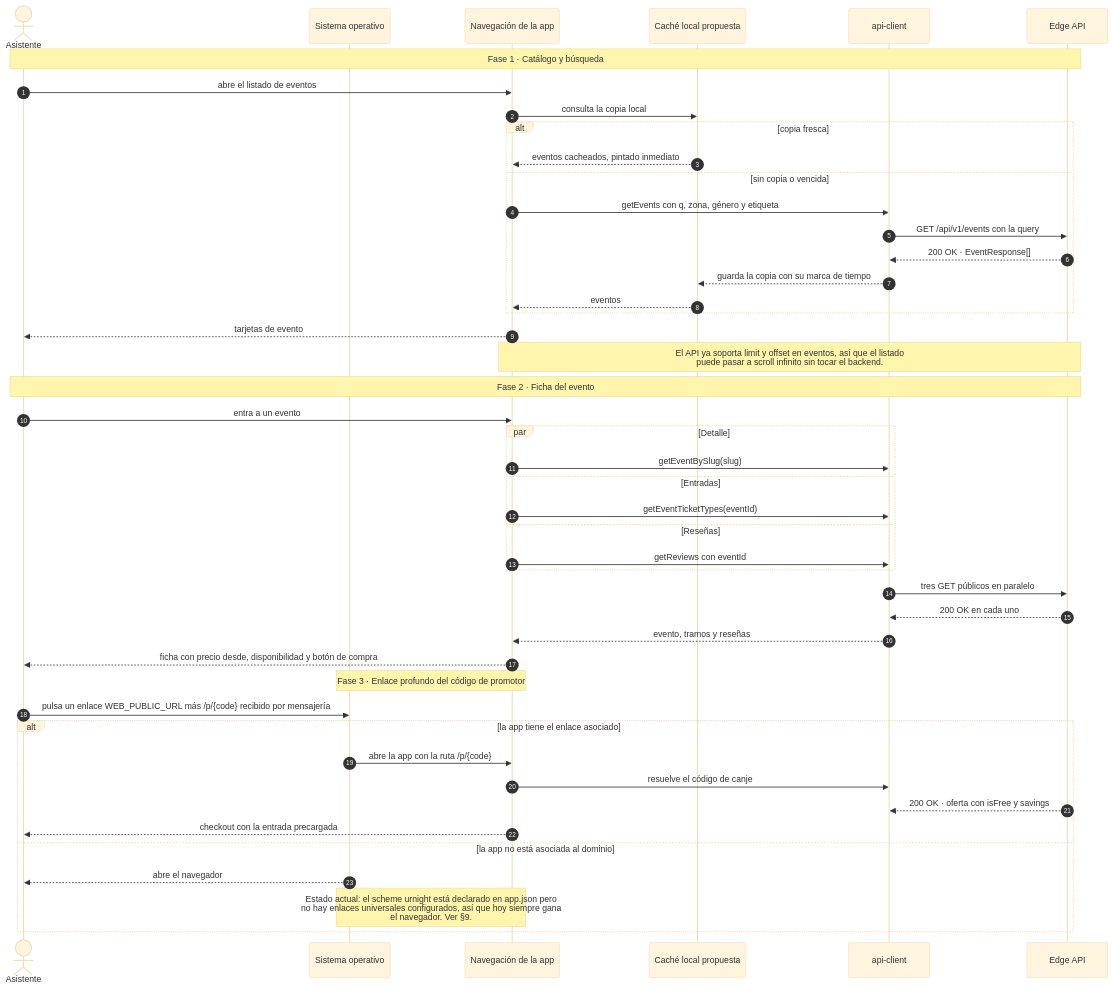
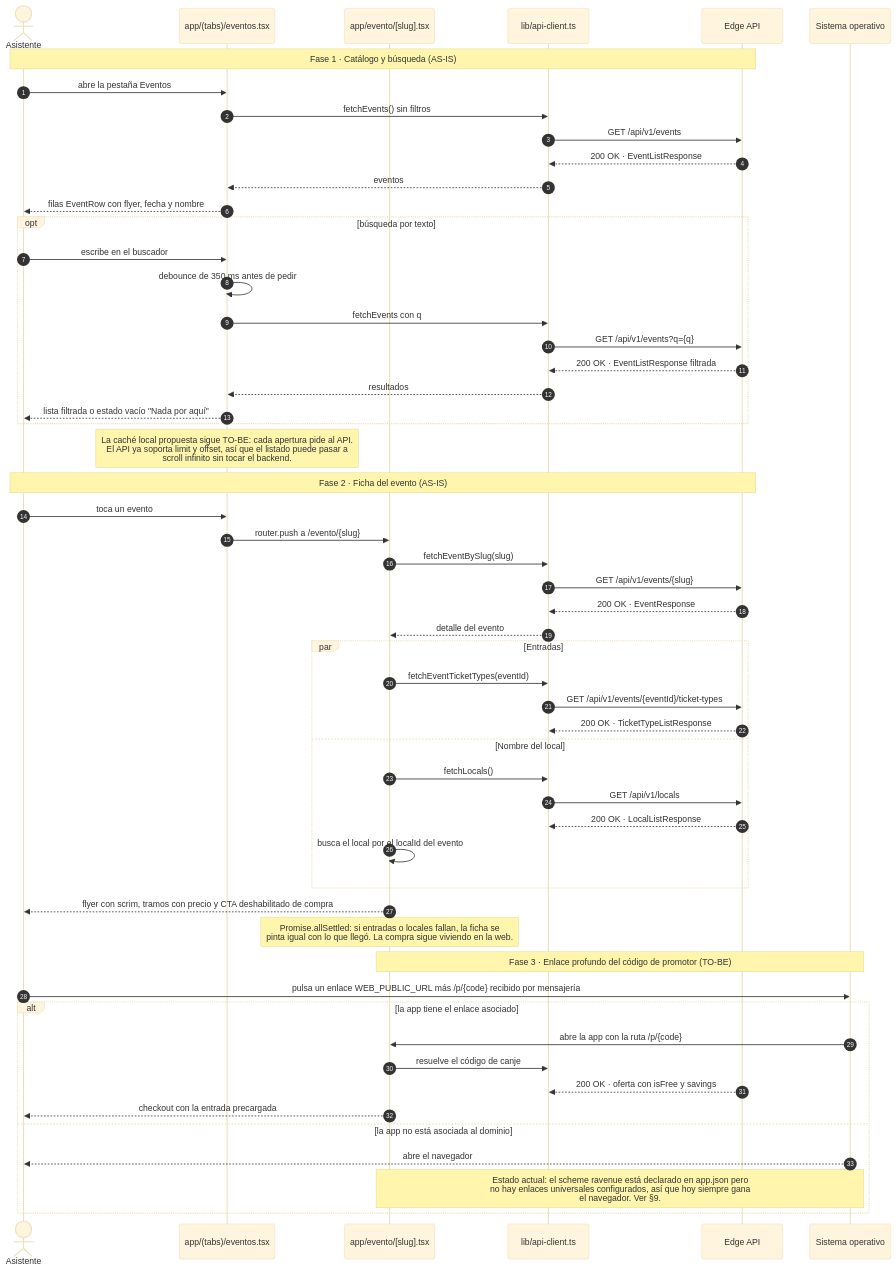
Before and after one commit to jwilsonar/urnight_mvp: the fourth of 7 diagrams in docs/diagramas-secuencia/90-canales-moviles.md, drawn with Mermaid (base theme). The commit also changed other lines of this file and 26 other files, not shown here.

````diff
--- a/docs/diagramas-secuencia/90-canales-moviles.md
+++ b/docs/diagramas-secuencia/90-canales-moviles.md
@@ -325,51 +337,60 @@
 ```mermaid
 sequenceDiagram
     autonumber
     actor U as Asistente
+    participant LST as app/(tabs)/eventos.tsx
+    participant DET as app/evento/[slug].tsx
+    participant API as lib/api-client.ts
+    participant EDGE as Edge API
     participant OS as Sistema operativo
-    participant APP as Navegación de la app
-    participant CACHE as Caché local propuesta
-    participant API as api-client
-    participant EDGE as Edge API
 
-    note over U, EDGE: Fase 1 · Catálogo y búsqueda
-    U->>APP: abre el listado de eventos
-    APP->>CACHE: consulta la copia local
-    alt copia fresca
-        CACHE-->>APP: eventos cacheados, pintado inmediato
-    else sin copia o vencida
-        APP->>API: getEvents con q, zona, género y etiqueta
-        API->>EDGE: GET /api/v1/events con la query
-        EDGE-->>API: 200 OK · EventResponse[]
-        API-->>CACHE: guarda la copia con su marca de tiempo
-        CACHE-->>APP: eventos
+    note over U, EDGE: Fase 1 · Catálogo y búsqueda (AS-IS)
+    U->>LST: abre la pestaña Eventos
+    LST->>API: fetchEvents() sin filtros
+    API->>EDGE: GET /api/v1/events
+    EDGE-->>API: 200 OK · EventListResponse
+    API-->>LST: eventos
+    LST-->>U: filas EventRow con flyer, fecha y nombre
+    opt búsqueda por texto
+        U->>LST: escribe en el buscador
+        LST->>LST: debounce de 350 ms antes de pedir
+        LST->>API: fetchEvents con q
+        API->>EDGE: GET /api/v1/events?q={q}
+        EDGE-->>API: 200 OK · EventListResponse filtrada
+        API-->>LST: resultados
+        LST-->>U: lista filtrada o estado vacío "Nada por aquí"
     end
-    APP-->>U: tarjetas de evento
-    note over APP, EDGE: El API ya soporta limit y offset en eventos, así que el listado<br/>puede pasar a scroll infinito sin tocar el backend.
+    note over LST: La caché local propuesta sigue TO-BE: cada apertura pide al API.<br/>El API ya soporta limit y offset, así que el listado puede pasar a<br/>scroll infinito sin tocar el backend.
 
-    note over U, EDGE: Fase 2 · Ficha del evento
-    U->>APP: entra a un evento
-    par Detalle
-        APP->>API: getEventBySlug(slug)
-    and Entradas
-        APP->>API: getEventTicketTypes(eventId)
-    and Reseñas
-        APP->>API: getReviews con eventId
+    note over U, EDGE: Fase 2 · Ficha del evento (AS-IS)
+    U->>LST: toca un evento
+    LST->>DET: router.push a /evento/{slug}
+    DET->>API: fetchEventBySlug(slug)
+    API->>EDGE: GET /api/v1/events/{slug}
+    EDGE-->>API: 200 OK · EventResponse
+    API-->>DET: detalle del evento
+    par Entradas
+        DET->>API: fetchEventTicketTypes(eventId)
+        API->>EDGE: GET /api/v1/events/{eventId}/ticket-types
+        EDGE-->>API: 200 OK · TicketTypeListResponse
+    and Nombre del local
+        DET->>API: fetchLocals()
+        API->>EDGE: GET /api/v1/locals
+        EDGE-->>API: 200 OK · LocalListResponse
+        DET->>DET: busca el local por el localId del evento
     end
-    API->>EDGE: tres GET públicos en paralelo
-    EDGE-->>API: 200 OK en cada uno
-    API-->>APP: evento, tramos y reseñas
-    APP-->>U: ficha con precio desde, disponibilidad y botón de compra
+    DET-->>U: flyer con scrim, tramos con precio y CTA deshabilitado de compra
+    note over DET: Promise.allSettled: si entradas o locales fallan, la ficha se<br/>pinta igual con lo que llegó. La compra sigue viviendo en la web.
 
-    note over OS, APP: Fase 3 · Enlace profundo del código de promotor
+    note over OS, DET: Fase 3 · Enlace profundo del código de promotor (TO-BE)
     U->>OS: pulsa un enlace WEB_PUBLIC_URL más /p/{code} recibido por mensajería
     alt la app tiene el enlace asociado
-        OS->>APP: abre la app con la ruta /p/{code}
-        APP->>API: resuelve el código de canje
+        OS->>DET: abre la app con la ruta /p/{code}
+        DET->>API: resuelve el código de canje
         EDGE-->>API: 200 OK · oferta con isFree y savings
-        APP-->>U: checkout con la entrada precargada
+        DET-->>U: checkout con la entrada precargada
     else la app no está asociada al dominio
         OS-->>U: abre el navegador
-        note over OS, APP: Estado actual: el scheme urnight está declarado en app.json pero<br/>no hay enlaces universales configurados, así que hoy siempre gana<br/>el navegador. Ver §9.
+        note over OS, DET: Estado actual: el scheme ravenue está declarado en app.json pero<br/>no hay enlaces universales configurados, así que hoy siempre gana<br/>el navegador. Ver §9.
     end
 ```
````
